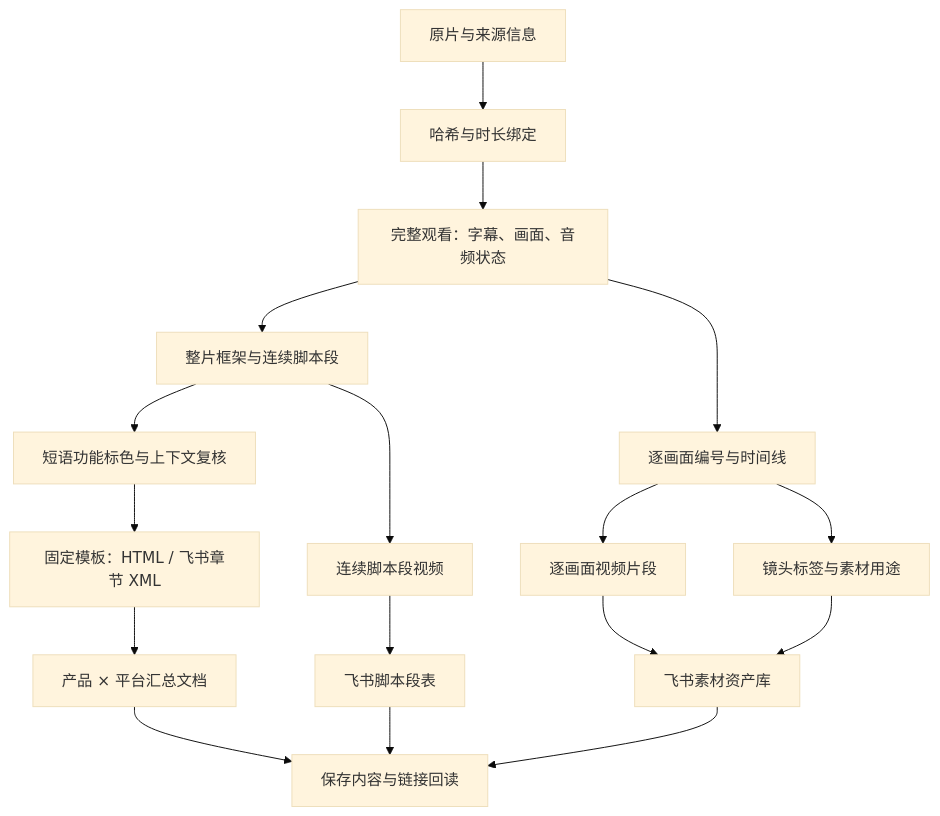
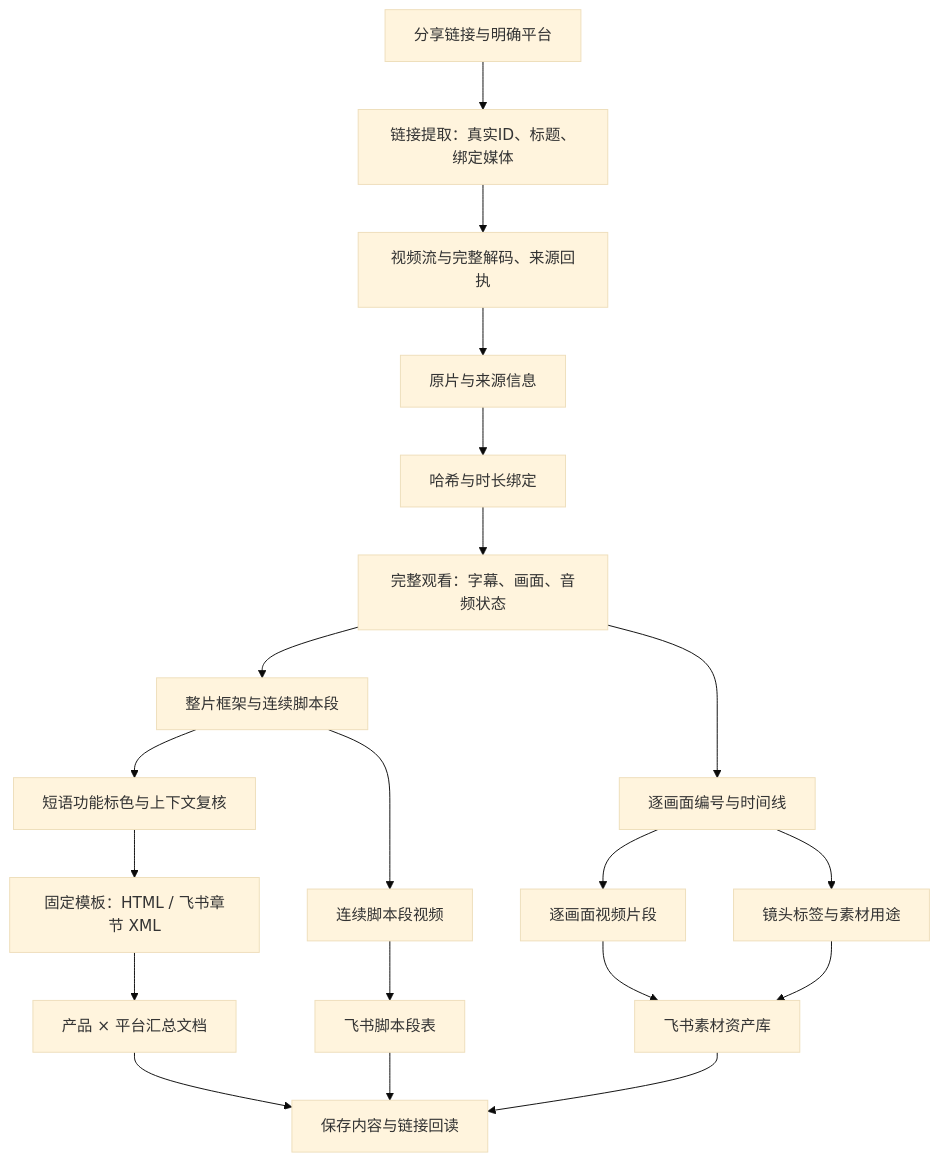
Before and after one commit to lamtrang5508647/huozhiji-video-breakdown-to-feishu: the diagram in docs/architecture.md, drawn with Mermaid (base theme). The commit also changed other lines of this file and 39 other files, not shown here.

````diff
--- a/docs/architecture.md
+++ b/docs/architecture.md
@@ -6,19 +6,22 @@
 ```mermaid
 flowchart TD
+  U[分享链接与明确平台] --> V[链接提取：真实ID、标题、绑定媒体]
+  V --> W[视频流与完整解码、来源回执]
+  W --> A
   A[原片与来源信息] --> B[哈希与时长绑定]
   B --> C[完整观看：字幕、画面、音频状态]
   C --> D[整片框架与连续脚本段]
   C --> E[逐画面编号与时间线]
   D --> F[短语功能标色与上下文复核]
   E --> G[镜头标签与素材用途]
   F --> H[固定模板：HTML / 飞书章节 XML]
   D --> I[连续脚本段视频]
   E --> J[逐画面视频片段]
   H --> K[产品 × 平台汇总文档]
   I --> L[飞书脚本段表]
   J --> M[飞书素材资产库]
   G --> M
   K --> N[保存内容与链接回读]
   L --> N
   M --> N
 ```
````
